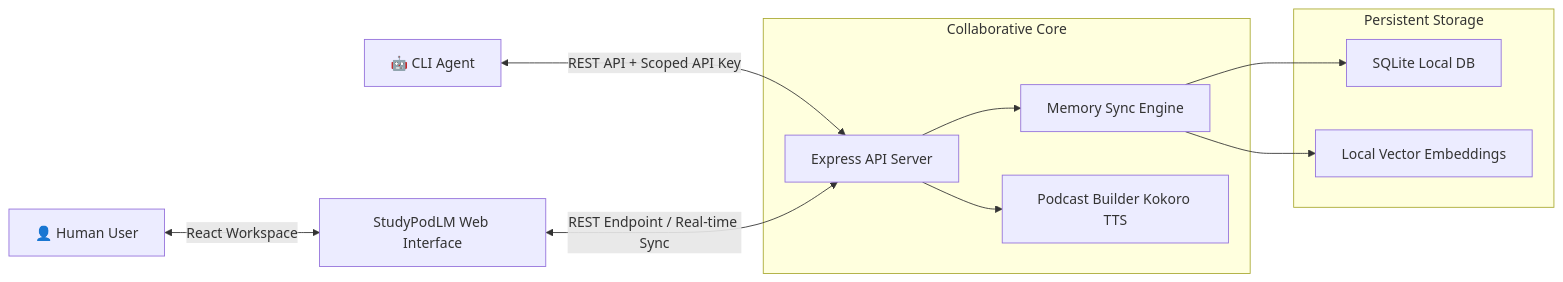
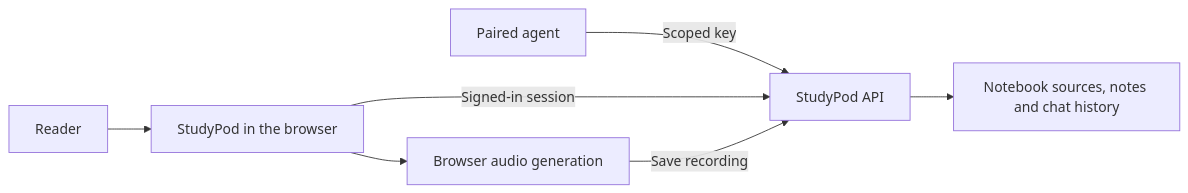
One commit to SantanDon/studypod changed the diagram in README.md. Above: the diagram before and after it, drawn with Mermaid. The commit also changed other lines of this file and 9 other files, not shown here.

Commit message:
Save complete chat turns and narrate longer chapters in shorter sections

````diff
--- a/README.md
+++ b/README.md
@@ -35,18 +35,9 @@
 ```mermaid
-graph LR
-    Human["👤 Human User"] <-->|React Workspace| UI["StudyPodLM Web Interface"]
-    Agent["🤖 CLI Agent"] <-->|REST API + Scoped API Key| API["Express API Server"]
-    UI <-->|REST Endpoint / Real-time Sync| API
-    
-    subgraph Collaborative Core
-        API --> Memory["Memory Sync Engine"]
-        API --> Audio["Podcast Builder Kokoro TTS"]
-    end
-    
-    subgraph Persistent Storage
-        LocalDB["SQLite Local DB"]
-        VectorDB["Local Vector Embeddings"]
-        Memory --> LocalDB
-        Memory --> VectorDB
-    end
+flowchart LR
+    Reader["Reader"] --> UI["StudyPod in the browser"]
+    Agent["Paired agent"] -->|Scoped key| API["StudyPod API"]
+    UI -->|Signed-in session| API
+    API --> Store["Notebook sources, notes and chat history"]
+    UI --> Voice["Browser audio generation"]
+    Voice -->|Save recording| API
 ```
````
